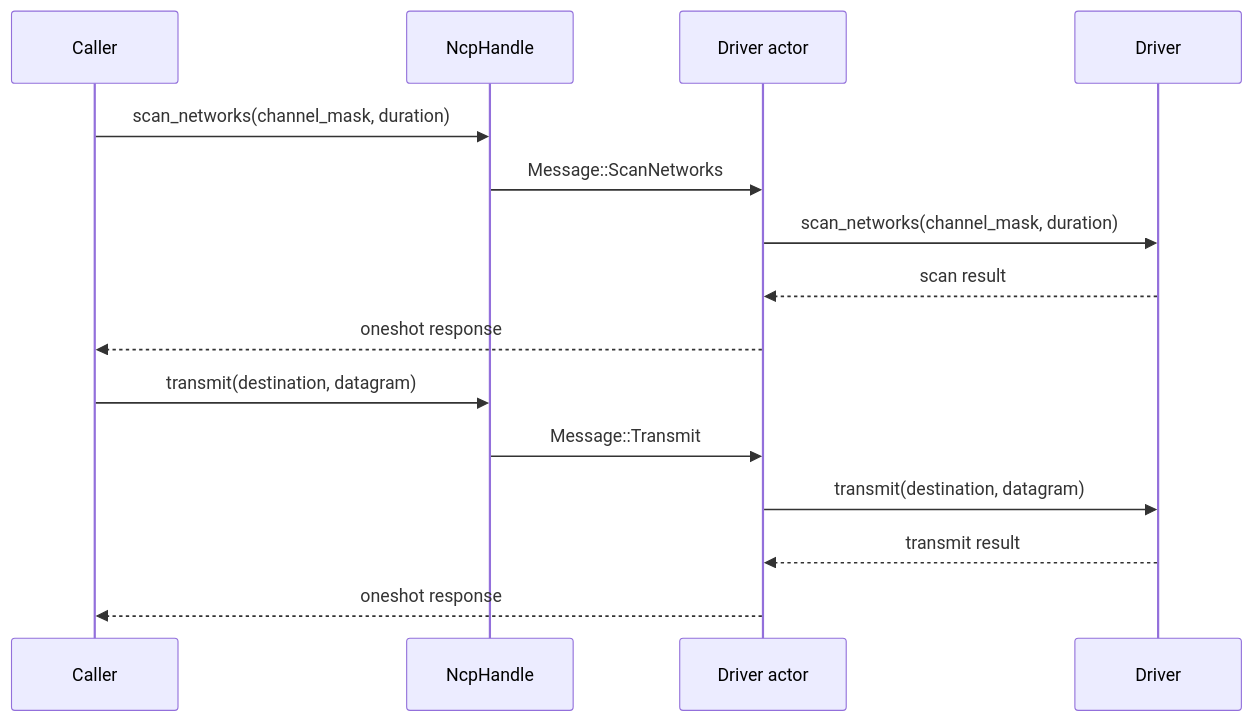
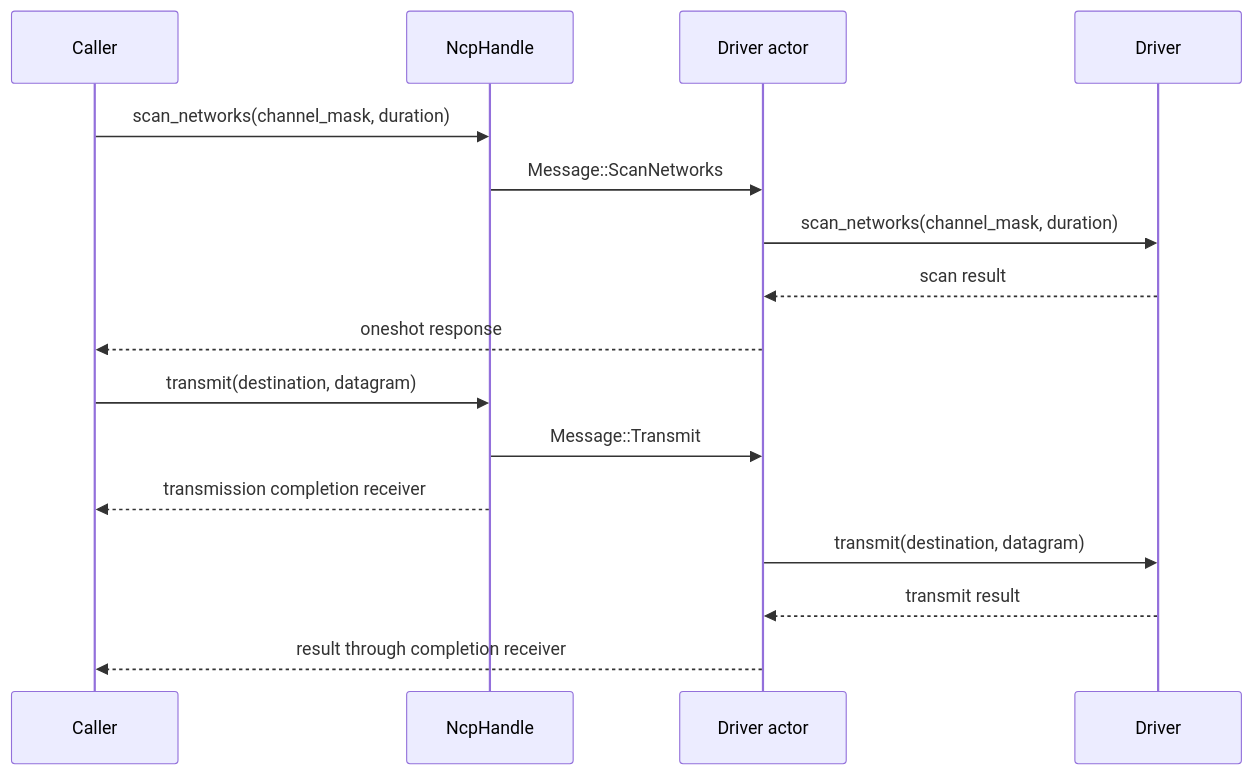
One commit to PaulmannLighting/apis-saltans changed the third of 4 diagrams in hw/ARCHITECTURE.md. Above: the diagram before and after it, drawn with Mermaid. The commit also changed other lines of this file and 28 other files, not shown here.

````diff
--- a/hw/ARCHITECTURE.md
+++ b/hw/ARCHITECTURE.md
@@ -168,19 +170,20 @@
 ```mermaid
 sequenceDiagram
     participant C as Caller;
     participant H as NcpHandle;
     participant A as Driver actor;
     participant D as Driver;
 
     C->>H: scan_networks(channel_mask, duration);
     H->>A: Message::ScanNetworks;
     A->>D: scan_networks(channel_mask, duration);
     D-->>A: scan result;
     A-->>C: oneshot response;
 
     C->>H: transmit(destination, datagram);
     H->>A: Message::Transmit;
+    H-->>C: transmission completion receiver;
     A->>D: transmit(destination, datagram);
     D-->>A: transmit result;
-    A-->>C: oneshot response;
+    A-->>C: result through completion receiver;
 ```
````
